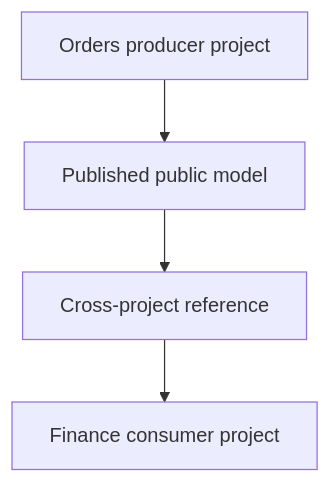
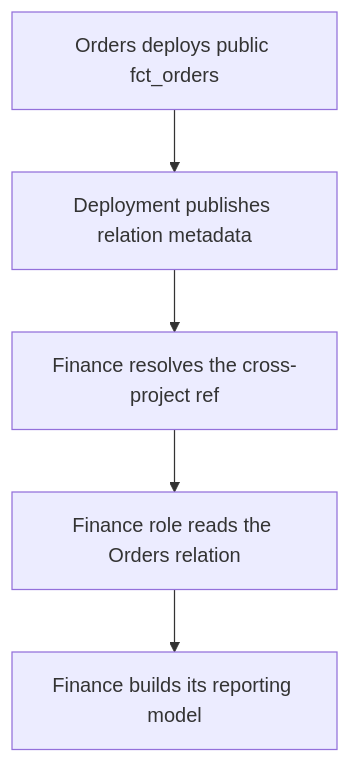
One commit to Rohit1024/dbt-learn changed the diagram in docs/lessons/0030-dbt-mesh-and-cross-project-references.md. Above: the diagram before and after it, drawn with Mermaid. The commit also changed other lines of this file and 4 other files, not shown here.

````diff
--- a/docs/lessons/0030-dbt-mesh-and-cross-project-references.md
+++ b/docs/lessons/0030-dbt-mesh-and-cross-project-references.md
@@ -7,8 +7,7 @@
 ```mermaid
 flowchart TD
-    A["Orders producer project"]
-    B["Published public model"]
-    C["Cross-project reference"]
-    D["Finance consumer project"]
-    A --> B --> C --> D
+    A["Orders deploys public fct_orders"] --> B["Deployment publishes relation metadata"]
+    B --> C["Finance resolves the cross-project ref"]
+    C --> D["Finance role reads the Orders relation"]
+    D --> E["Finance builds its reporting model"]
 ```
````
